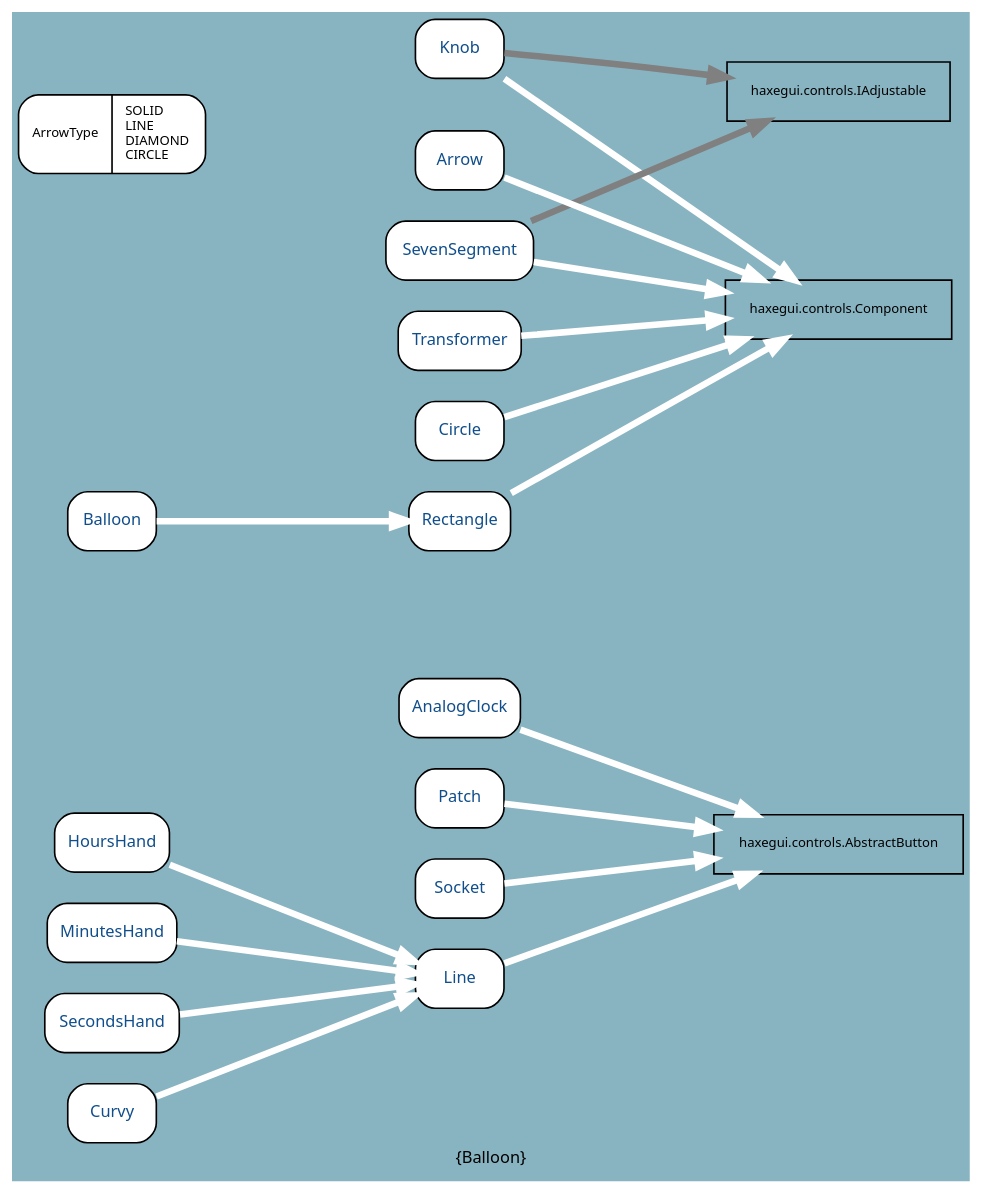
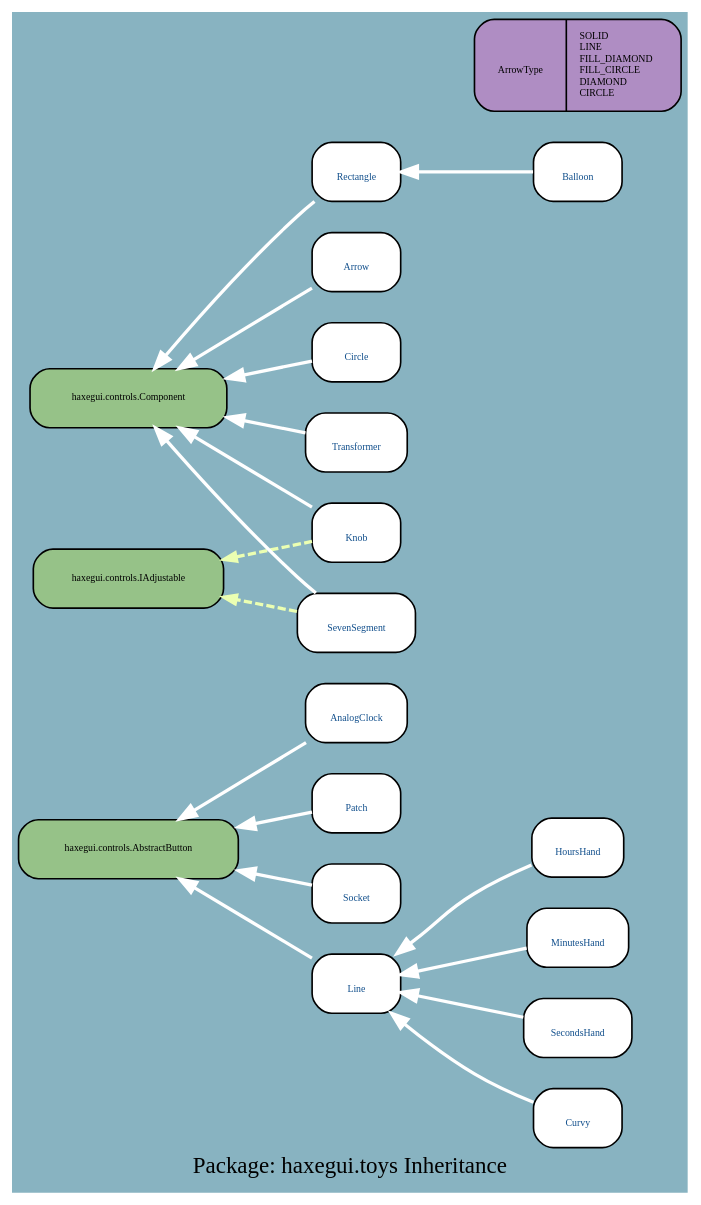
The diagram in docs/uml/haxegui.toys_I.dot (google-code-export/haxegui), drawn with Graphviz before and after one commit. The commit also changed 398 other files, not shown here.

```diff
--- a/docs/uml/haxegui.toys_I.dot
+++ b/docs/uml/haxegui.toys_I.dot
@@ -1,44 +1,43 @@
 digraph uml {
-	graph [label="Package: haxegui.toys Inheritance", ratio=compress, rankdir=LR, size="24,12", overlap=false, fontname=Sans, fontsize=10, bgcolor="#88B3C1", fontcolor=black];
-	node [label="\N", fontname=Sans, fontsize=8, shape=record, color=black, fontcolor=black];
-	edge [fontname=Sans, fontsize=8, minlen=3, color=black, fontcolor=black];
-	graph [label="{Balloon}",
-		lp="292,10",
-		bb="0,0,584,699"];
-	"haxegui.toys.Line" [label="{Line}", fontsize=10, fontcolor="#104E8B", style="rounded,filled", fillcolor=white, URL="../types/haxegui/toys/Line.html", tooltip=Line, portPos=e, pos="273,120", rects="246,102,300,138", width="0.75", height="0.50"];
-	"haxegui.controls.AbstractButton" [pos="507,201", rects="431,183,584,219", width="2.11", height="0.50"];
-	"haxegui.toys.HoursHand" [label="{HoursHand}", fontsize=10, fontcolor="#104E8B", style="rounded,filled", fillcolor=white, URL="../types/haxegui/toys/HoursHand.html", tooltip=HoursHand, portPos=e, pos="58,201", rects="23,183,93,219", width="0.97", height="0.50"];
-	"haxegui.toys.MinutesHand" [label="{MinutesHand}", fontsize=10, fontcolor="#104E8B", style="rounded,filled", fillcolor=white, URL="../types/haxegui/toys/MinutesHand.html", tooltip=MinutesHand, portPos=e, pos="58,147", rects="19,129,98,165", width="1.08", height="0.50"];
-	"haxegui.toys.SecondsHand" [label="{SecondsHand}", fontsize=10, fontcolor="#104E8B", style="rounded,filled", fillcolor=white, URL="../types/haxegui/toys/SecondsHand.html", tooltip=SecondsHand, portPos=e, pos="58,93", rects="17,75,100,111", width="1.14", height="0.50"];
-	"haxegui.toys.AnalogClock" [label="{AnalogClock}", fontsize=10, fontcolor="#104E8B", style="rounded,filled", fillcolor=white, URL="../types/haxegui/toys/AnalogClock.html", tooltip=AnalogClock, portPos=e, pos="273,282", rects="236,264,311,300", width="1.03", height="0.50"];
-	"haxegui.toys.Patch" [label="{Patch}", fontsize=10, fontcolor="#104E8B", style="rounded,filled", fillcolor=white, URL="../types/haxegui/toys/Patch.html", tooltip=Patch, portPos=e, pos="273,228", rects="246,210,300,246", width="0.75", height="0.50"];
-	"haxegui.toys.Knob" [label="{Knob}", fontsize=10, fontcolor="#104E8B", style="rounded,filled", fillcolor=white, URL="../types/haxegui/toys/Knob.html", tooltip=Knob, portPos=e, pos="273,681", rects="246,663,300,699", width="0.75", height="0.50"];
-	"haxegui.controls.Component" [pos="507,524", rects="438,506,576,542", width="1.92", height="0.50"];
-	"haxegui.controls.IAdjustable" [pos="507,657", rects="439,639,575,675", width="1.89", height="0.50"];
-	"haxegui.toys.Circle" [label="{Circle}", fontsize=10, fontcolor="#104E8B", style="rounded,filled", fillcolor=white, URL="../types/haxegui/toys/Circle.html", tooltip=Circle, portPos=e, pos="273,451", rects="246,433,300,469", width="0.75", height="0.50"];
-	"haxegui.toys.Transformer" [label="{Transformer}", fontsize=10, fontcolor="#104E8B", style="rounded,filled", fillcolor=white, URL="../types/haxegui/toys/Transformer.html", tooltip=Transformer, portPos=e, pos="273,505", rects="237,487,310,523", width="1.00", height="0.50"];
-	"haxegui.toys.SevenSegment" [label="{SevenSegment}", fontsize=10, fontcolor="#104E8B", style="rounded,filled", fillcolor=white, URL="../types/haxegui/toys/SevenSegment.html", tooltip=SevenSegment, portPos=e, pos="273,559", rects="228,541,318,577", width="1.25", height="0.50"];
-	"haxegui.toys.Rectangle" [label="{Rectangle}", fontsize=10, fontcolor="#104E8B", style="rounded,filled", fillcolor=white, URL="../types/haxegui/toys/Rectangle.html", tooltip=Rectangle, portPos=e, pos="273,397", rects="242,379,305,415", width="0.86", height="0.50"];
-	"haxegui.toys.ArrowType" [label="{ArrowType|SOLID\lLINE\lDIAMOND\lCIRCLE\l}", style="rounded,filled", fillcolor=white, pos="58,634", rects="1,610,61,658 61,610,116,658", width="1.58", height="0.67"];
-	"haxegui.toys.Arrow" [label="{Arrow}", fontsize=10, fontcolor="#104E8B", style="rounded,filled", fillcolor=white, URL="../types/haxegui/toys/Arrow.html", tooltip=Arrow, portPos=e, pos="273,613", rects="246,595,300,631", width="0.75", height="0.50"];
-	"haxegui.toys.Socket" [label="{Socket}", fontsize=10, fontcolor="#104E8B", style="rounded,filled", fillcolor=white, URL="../types/haxegui/toys/Socket.html", tooltip=Socket, portPos=e, pos="273,174", rects="246,156,300,192", width="0.75", height="0.50"];
-	"haxegui.toys.Curvy" [label="{Curvy}", fontsize=10, fontcolor="#104E8B", style="rounded,filled", fillcolor=white, URL="../types/haxegui/toys/Curvy.html", tooltip=Curvy, portPos=e, pos="58,39", rects="31,21,85,57", width="0.75", height="0.50"];
-	"haxegui.toys.Balloon" [label="{Balloon}", fontsize=10, fontcolor="#104E8B", style="rounded,filled", fillcolor=white, URL="../types/haxegui/toys/Balloon.html", tooltip=Balloon, portPos=e, pos="58,397", rects="31,379,85,415", width="0.75", height="0.50"];
-	"haxegui.toys.Line" -> "haxegui.controls.AbstractButton" [color=white, style="setlinewidth(4)", arrowhead=normal, arrowsize="1.0", pos="e,455,183 300,129 336,141 398,163 445,180"];
-	"haxegui.toys.HoursHand" -> "haxegui.toys.Line" [color=white, style="setlinewidth(4)", arrowhead=normal, arrowsize="1.0", pos="e,246,130 93,188 133,173 196,149 237,134"];
-	"haxegui.toys.MinutesHand" -> "haxegui.toys.Line" [color=white, style="setlinewidth(4)", arrowhead=normal, arrowsize="1.0", pos="e,246,123 98,142 137,137 197,129 236,124"];
-	"haxegui.toys.SecondsHand" -> "haxegui.toys.Line" [color=white, style="setlinewidth(4)", arrowhead=normal, arrowsize="1.0", pos="e,246,117 100,98 139,103 198,111 236,116"];
-	"haxegui.toys.AnalogClock" -> "haxegui.controls.AbstractButton" [color=white, style="setlinewidth(4)", arrowhead=normal, arrowsize="1.0", pos="e,455,219 311,269 347,256 403,237 445,222"];
-	"haxegui.toys.Patch" -> "haxegui.controls.AbstractButton" [color=white, style="setlinewidth(4)", arrowhead=normal, arrowsize="1.0", pos="e,431,210 300,225 330,221 378,216 421,211"];
-	"haxegui.toys.Knob" -> "haxegui.controls.Component" [color=white, style="setlinewidth(4)", arrowhead=normal, arrowsize="1.0", pos="e,480,542 300,663 342,635 425,579 472,548"];
-	"haxegui.toys.Knob" -> "haxegui.controls.IAdjustable" [color=gray, style="setlinewidth(4)", arrowhead=normal, arrowsize="1.0", pos="e,439,666 300,679 325,677 362,674 394,671 406,669 417,668 429,667"];
-	"haxegui.toys.Circle" -> "haxegui.controls.Component" [color=white, style="setlinewidth(4)", arrowhead=normal, arrowsize="1.0", pos="e,449,506 300,460 334,470 392,488 439,503"];
-	"haxegui.toys.Transformer" -> "haxegui.controls.Component" [color=white, style="setlinewidth(4)", arrowhead=normal, arrowsize="1.0", pos="e,438,518 310,508 341,511 388,514 428,517"];
-	"haxegui.toys.SevenSegment" -> "haxegui.controls.Component" [color=white, style="setlinewidth(4)", arrowhead=normal, arrowsize="1.0", pos="e,438,534 318,552 349,547 391,541 428,536"];
-	"haxegui.toys.SevenSegment" -> "haxegui.controls.IAdjustable" [color=gray, style="setlinewidth(4)", arrowhead=normal, arrowsize="1.0", pos="e,464,639 316,577 355,593 413,617 455,635"];
-	"haxegui.toys.Rectangle" -> "haxegui.controls.Component" [color=white, style="setlinewidth(4)", arrowhead=normal, arrowsize="1.0", pos="e,474,506 305,414 346,437 419,477 465,501"];
-	"haxegui.toys.Arrow" -> "haxegui.controls.Component" [color=white, style="setlinewidth(4)", arrowhead=normal, arrowsize="1.0", pos="e,459,542 300,603 336,589 402,564 449,546"];
-	"haxegui.toys.Socket" -> "haxegui.controls.AbstractButton" [color=white, style="setlinewidth(4)", arrowhead=normal, arrowsize="1.0", pos="e,431,192 300,177 330,181 378,186 421,191"];
-	"haxegui.toys.Curvy" -> "haxegui.toys.Line" [color=white, style="setlinewidth(4)", arrowhead=normal, arrowsize="1.0", pos="e,246,110 85,49 123,64 194,90 237,106"];
-	"haxegui.toys.Balloon" -> "haxegui.toys.Rectangle" [color=white, style="setlinewidth(4)", arrowhead=normal, arrowsize="1.0", pos="e,242,397 85,397 122,397 189,397 232,397"];
+	graph [label="Package: haxegui.toys Inheritance", ratio=compress, rankdir=RL, smoothing=avg_dist, overlap=compress, packMode="graph", labelloc=c, fontname="DejaVu Sans Condenesed", fontsize=14, bgcolor="#88B3C1", fontcolor=black];
+	node [label="\N", style="rounded,filled", fillcolor="#96c288", fontcolor="#104E8B", fontname="FFF Harmony", fontsize=6, shape=record, color=black];
+	edge [fontname=Sans, fontsize=8, minlen="1.2", color=black, fontcolor=black];
+	graph [lp="204,12",
+		bb="0,0,408,702"];
+	"haxegui.toys.Line" [label="{\nLine}", fillcolor=white, URL="../types/haxegui/toys/Line.html", tooltip="\nLine", portPos=w, pos="208,124", rects="181,106,235,142", width="0.75", height="0.50"];
+	"haxegui.controls.AbstractButton" [fontcolor=black, pos="68,205", rects="1,187,136,223", width="1.86", height="0.50"];
+	"haxegui.toys.HoursHand" [label="{\nHoursHand}", fillcolor=white, URL="../types/haxegui/toys/HoursHand.html", tooltip="\nHoursHand", portPos=w, pos="344,205", rects="316,187,373,223", width="0.78", height="0.50"];
+	"haxegui.toys.MinutesHand" [label="{\nMinutesHand}", fillcolor=white, URL="../types/haxegui/toys/MinutesHand.html", tooltip="\nMinutesHand", portPos=w, pos="344,151", rects="313,133,376,169", width="0.86", height="0.50"];
+	"haxegui.toys.SecondsHand" [label="{\nSecondsHand}", fillcolor=white, URL="../types/haxegui/toys/SecondsHand.html", tooltip="\nSecondsHand", portPos=w, pos="344,97", rects="311,79,377,115", width="0.92", height="0.50"];
+	"haxegui.toys.AnalogClock" [label="{\nAnalogClock}", fillcolor=white, URL="../types/haxegui/toys/AnalogClock.html", tooltip="\nAnalogClock", portPos=w, pos="208,286", rects="177,268,239,304", width="0.86", height="0.50"];
+	"haxegui.toys.Patch" [label="{\nPatch}", fillcolor=white, URL="../types/haxegui/toys/Patch.html", tooltip="\nPatch", portPos=w, pos="208,232", rects="181,214,235,250", width="0.75", height="0.50"];
+	"haxegui.toys.Knob" [label="{\nKnob}", fillcolor=white, URL="../types/haxegui/toys/Knob.html", tooltip="\nKnob", portPos=w, pos="208,394", rects="181,376,235,412", width="0.75", height="0.50"];
+	"haxegui.controls.Component" [fontcolor=black, pos="68,475", rects="8,457,128,493", width="1.67", height="0.50"];
+	"haxegui.controls.IAdjustable" [fontcolor=black, pos="68,367", rects="10,349,127,385", width="1.61", height="0.50"];
+	"haxegui.toys.Circle" [label="{\nCircle}", fillcolor=white, URL="../types/haxegui/toys/Circle.html", tooltip="\nCircle", portPos=w, pos="208,502", rects="181,484,235,520", width="0.75", height="0.50"];
+	"haxegui.toys.Transformer" [label="{\nTransformer}", fillcolor=white, URL="../types/haxegui/toys/Transformer.html", tooltip="\nTransformer", portPos=w, pos="208,448", rects="177,430,240,466", width="0.86", height="0.50"];
+	"haxegui.toys.SevenSegment" [label="{\nSevenSegment}", fillcolor=white, URL="../types/haxegui/toys/SevenSegment.html", tooltip="\nSevenSegment", portPos=w, pos="208,340", rects="172,322,244,358", width="1.00", height="0.50"];
+	"haxegui.toys.Rectangle" [label="{\nRectangle}", fillcolor=white, URL="../types/haxegui/toys/Rectangle.html", tooltip="\nRectangle", portPos=w, pos="208,610", rects="181,592,235,628", width="0.75", height="0.50"];
+	"haxegui.toys.ArrowType" [label="{\nArrowType|SOLID\lLINE\lFILL_DIAMOND\lFILL_CIRCLE\lDIAMOND\lCIRCLE\l}", fillcolor="#af8dc3", fontcolor=black, pos="344,674", rects="281,646,338,702 338,646,408,702", width="1.75", height="0.78"];
+	"haxegui.toys.Arrow" [label="{\nArrow}", fillcolor=white, URL="../types/haxegui/toys/Arrow.html", tooltip="\nArrow", portPos=w, pos="208,556", rects="181,538,235,574", width="0.75", height="0.50"];
+	"haxegui.toys.Socket" [label="{\nSocket}", fillcolor=white, URL="../types/haxegui/toys/Socket.html", tooltip="\nSocket", portPos=w, pos="208,178", rects="181,160,235,196", width="0.75", height="0.50"];
+	"haxegui.toys.Curvy" [label="{\nCurvy}", fillcolor=white, URL="../types/haxegui/toys/Curvy.html", tooltip="\nCurvy", portPos=w, pos="344,43", rects="317,25,371,61", width="0.75", height="0.50"];
+	"haxegui.toys.Balloon" [label="{\nBalloon}", fillcolor=white, URL="../types/haxegui/toys/Balloon.html", tooltip="\nBalloon", portPos=w, pos="344,610", rects="317,592,371,628", width="0.75", height="0.50"];
+	"haxegui.toys.Line" -> "haxegui.controls.AbstractButton" [color=white, style=bold, arrowhead=normal, arrowsize="1.0", pos="e,99,187 181,140 160,152 131,169 108,182"];
+	"haxegui.toys.HoursHand" -> "haxegui.toys.Line" [color=white, style=bold, arrowhead=normal, arrowsize="1.0", pos="e,232,142 316,195 304,191 291,185 280,178 279,178 259,163 240,148"];
+	"haxegui.toys.MinutesHand" -> "haxegui.toys.Line" [color=white, style=bold, arrowhead=normal, arrowsize="1.0", pos="e,235,129 313,145 293,141 267,136 245,131"];
+	"haxegui.toys.SecondsHand" -> "haxegui.toys.Line" [color=white, style=bold, arrowhead=normal, arrowsize="1.0", pos="e,235,119 311,104 290,108 266,113 245,117"];
+	"haxegui.toys.AnalogClock" -> "haxegui.controls.AbstractButton" [color=white, style=bold, arrowhead=normal, arrowsize="1.0", pos="e,100,223 177,268 157,257 130,241 109,228"];
+	"haxegui.toys.Patch" -> "haxegui.controls.AbstractButton" [color=white, style=bold, arrowhead=normal, arrowsize="1.0", pos="e,136,218 181,227 171,225 159,222 146,220"];
+	"haxegui.toys.Knob" -> "haxegui.controls.Component" [color=white, style=bold, arrowhead=normal, arrowsize="1.0", pos="e,99,457 181,410 160,422 131,439 108,452"];
+	"haxegui.toys.Knob" -> "haxegui.controls.IAdjustable" [color="#ebffb2", style="dashed, bold", arrowhead=normal, arrowsize="0.75", pos="e,127,379 181,389 168,386 151,383 135,380"];
+	"haxegui.toys.Circle" -> "haxegui.controls.Component" [color=white, style=bold, arrowhead=normal, arrowsize="1.0", pos="e,128,487 181,497 169,495 154,491 138,489"];
+	"haxegui.toys.Transformer" -> "haxegui.controls.Component" [color=white, style=bold, arrowhead=normal, arrowsize="1.0", pos="e,128,463 177,454 166,456 152,459 138,461"];
+	"haxegui.toys.SevenSegment" -> "haxegui.controls.Component" [color=white, style=bold, arrowhead=normal, arrowsize="1.0", pos="e,84,457 182,358 179,361 175,364 172,367 143,393 111,427 91,449"];
+	"haxegui.toys.SevenSegment" -> "haxegui.controls.IAdjustable" [color="#ebffb2", style="dashed, bold", arrowhead=normal, arrowsize="0.75", pos="e,127,356 172,347 160,350 147,352 134,355"];
+	"haxegui.toys.Rectangle" -> "haxegui.controls.Component" [color=white, style=bold, arrowhead=normal, arrowsize="1.0", pos="e,84,493 182,592 179,589 175,586 172,583 142,556 111,523 91,500"];
+	"haxegui.toys.Arrow" -> "haxegui.controls.Component" [color=white, style=bold, arrowhead=normal, arrowsize="1.0", pos="e,99,493 181,540 160,528 131,511 108,498"];
+	"haxegui.toys.Socket" -> "haxegui.controls.AbstractButton" [color=white, style=bold, arrowhead=normal, arrowsize="1.0", pos="e,136,192 181,183 171,185 159,188 146,190"];
+	"haxegui.toys.Curvy" -> "haxegui.toys.Line" [color=white, style=bold, arrowhead=normal, arrowsize="1.0", pos="e,229,106 317,53 305,57 291,63 280,70 265,78 250,90 237,100"];
+	"haxegui.toys.Balloon" -> "haxegui.toys.Rectangle" [color=white, style=bold, arrowhead=normal, arrowsize="1.0", pos="e,235,610 317,610 296,610 268,610 245,610"];
 }
```
